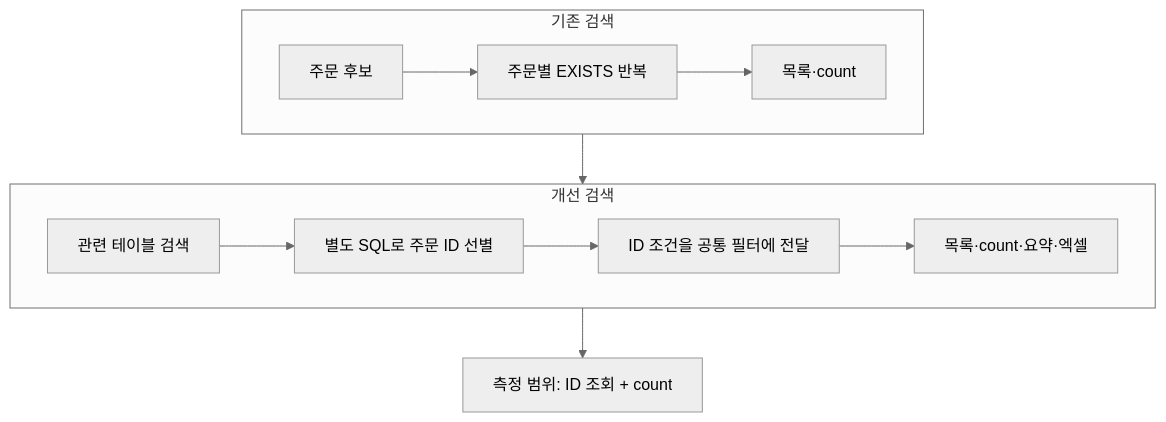
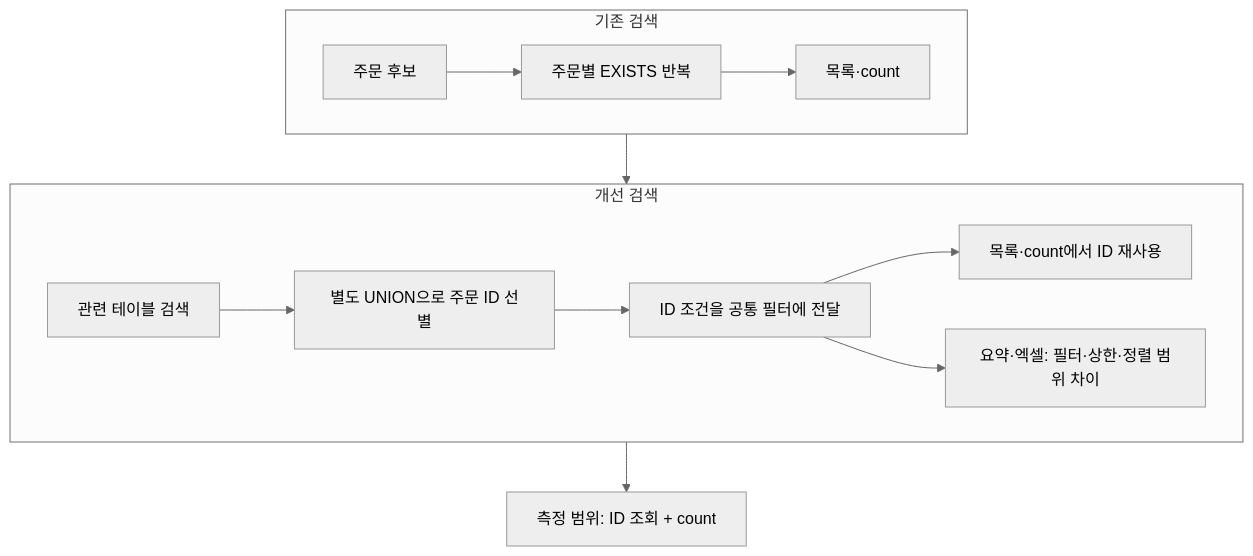
The diagram in src/diagrams/query.mmd (labyrinth30/labyrinth30.github.io), drawn with Mermaid (neutral theme) before and after one commit. The commit also changed 7 other files, not shown here.

```diff
--- a/src/diagrams/query.mmd
+++ b/src/diagrams/query.mmd
@@ -1,12 +1,13 @@
 flowchart TB
   subgraph B[기존 검색]
     BO[주문 후보] --> BE[주문별 EXISTS 반복]
     BE --> BC[목록·count]
   end
   subgraph A[개선 검색]
-    AT[관련 테이블 검색] --> AI[별도 SQL로 주문 ID 선별]
+    AT[관련 테이블 검색] --> AI[별도 UNION으로 주문 ID 선별]
     AI --> AF[ID 조건을 공통 필터에 전달]
-    AF --> AC[목록·count·요약·엑셀]
+    AF --> AC[목록·count에서 ID 재사용]
+    AF --> AX[요약·엑셀: 필터·상한·정렬 범위 차이]
   end
   B --> A
   A --> M[측정 범위: ID 조회 + count]
```
